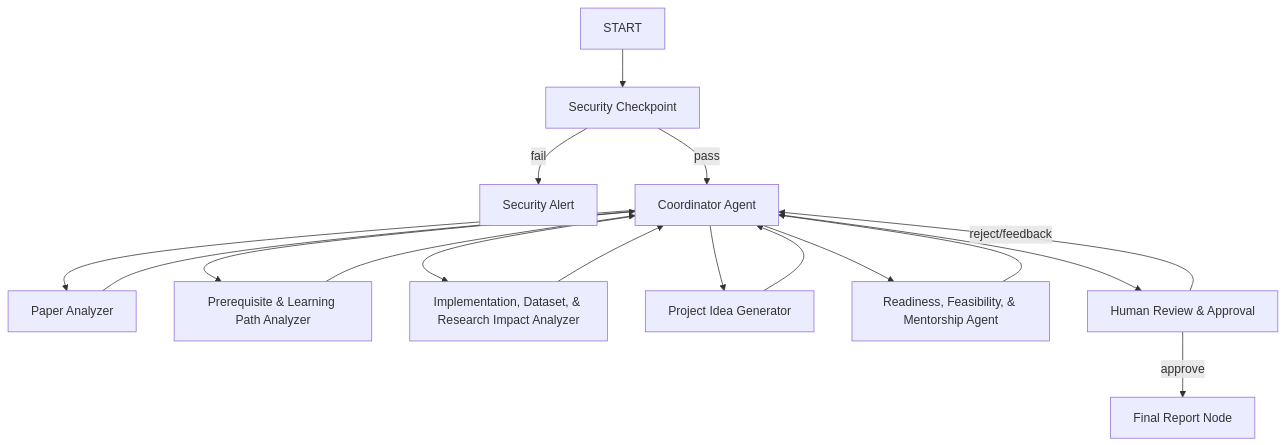
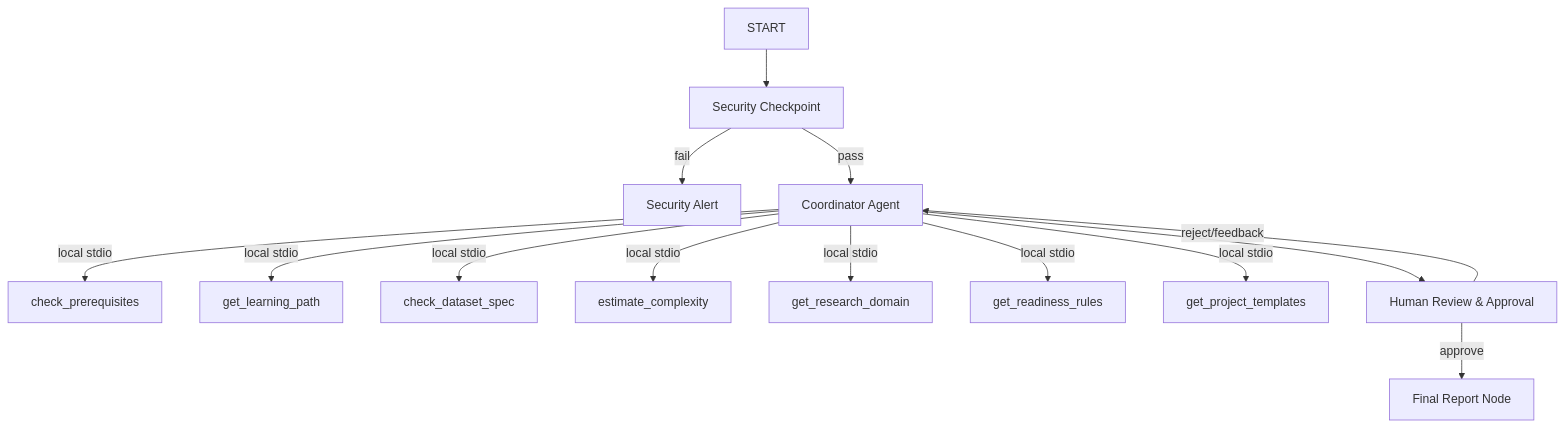
Before and after one commit to zuhafa/research-navigator: the diagram in README.md, drawn with Mermaid. The commit also changed other lines of this file and 4 other files, not shown here.

Commit message:
simplified multi-agent architecture.

````diff
--- a/README.md
+++ b/README.md
@@ -9,22 +9,18 @@
 ```mermaid
 graph TD
     START --> SecurityCheck[Security Checkpoint]
     SecurityCheck -- fail --> Alert[Security Alert]
     SecurityCheck -- pass --> Orchestrator[Coordinator Agent]
     
-    Orchestrator --> PaperAgent[Paper Analyzer]
-    Orchestrator --> PrereqPathAgent[Prerequisite & Learning Path Analyzer]
-    Orchestrator --> ImplDatasetImpactAgent[Implementation, Dataset, & Research Impact Analyzer]
-    Orchestrator --> ProjectAgent[Project Idea Generator]
-    Orchestrator --> ReadinessMentorAgent[Readiness, Feasibility, & Mentorship Agent]
-    
-    PaperAgent --> Orchestrator
-    PrereqPathAgent --> Orchestrator
-    ImplDatasetImpactAgent --> Orchestrator
-    ProjectAgent --> Orchestrator
-    ReadinessMentorAgent --> Orchestrator
+    Orchestrator -- local stdio --> Prereq[check_prerequisites]
+    Orchestrator -- local stdio --> LearnPath[get_learning_path]
+    Orchestrator -- local stdio --> Dataset[check_dataset_spec]
+    Orchestrator -- local stdio --> Complex[estimate_complexity]
+    Orchestrator -- local stdio --> Domain[get_research_domain]
+    Orchestrator -- local stdio --> Rules[get_readiness_rules]
+    Orchestrator -- local stdio --> Templates[get_project_templates]
     
     Orchestrator --> HumanReview[Human Review & Approval]
     HumanReview -- reject/feedback --> Orchestrator
     HumanReview -- approve --> FinalReport[Final Report Node]
 ```
````
